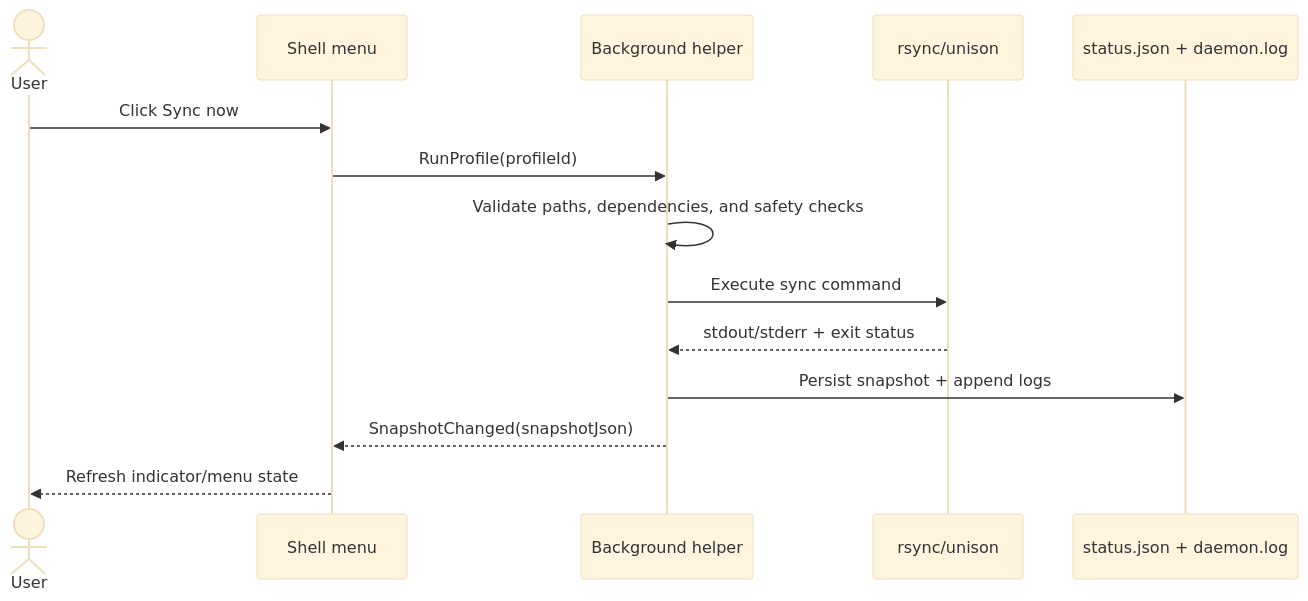
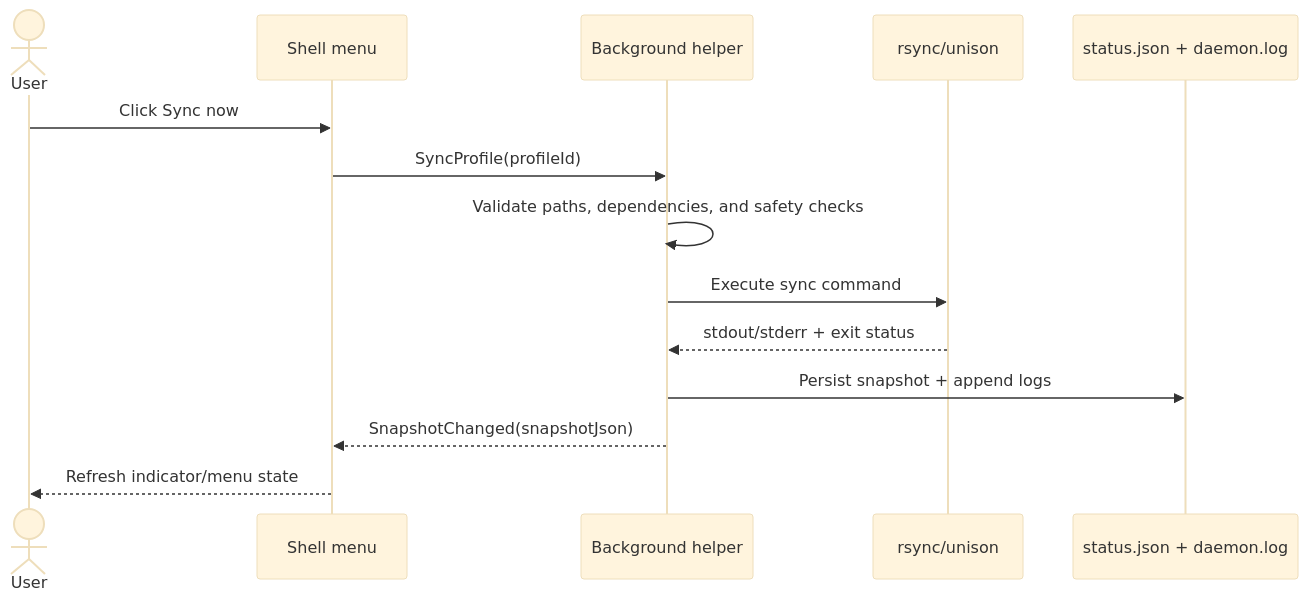
Before and after one commit to mauragas/gnome-shell-extensions: the second of 2 diagrams in extensions/folder-mirror/README.md, drawn with Mermaid (base theme). The commit also changed other lines of this file and 6 other files, not shown here.

Commit message:
Rename profile sync methods for consistency and clarity; update related documentation and tests

````diff
--- a/extensions/folder-mirror/README.md
+++ b/extensions/folder-mirror/README.md
@@ -51,17 +51,17 @@
 ```mermaid
 sequenceDiagram
     actor User
     participant Shell as Shell menu
     participant Helper as Background helper
     participant Backend as rsync/unison
     participant State as status.json + daemon.log
 
    User->>Shell: Click Sync now
-    Shell->>Helper: RunProfile(profileId)
+      Shell->>Helper: SyncProfile(profileId)
     Helper->>Helper: Validate paths, dependencies, and safety checks
     Helper->>Backend: Execute sync command
     Backend-->>Helper: stdout/stderr + exit status
     Helper->>State: Persist snapshot + append logs
     Helper-->>Shell: SnapshotChanged(snapshotJson)
     Shell-->>User: Refresh indicator/menu state
 ```
````
